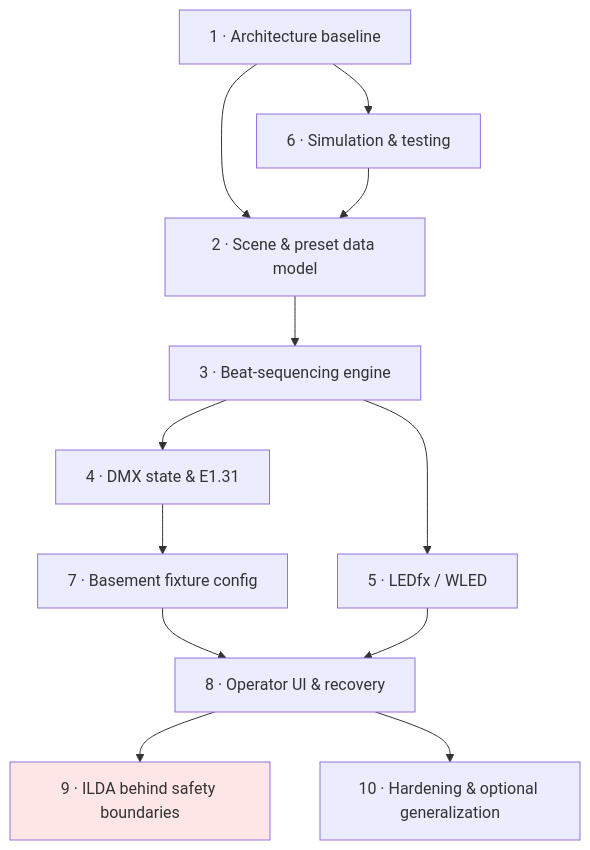
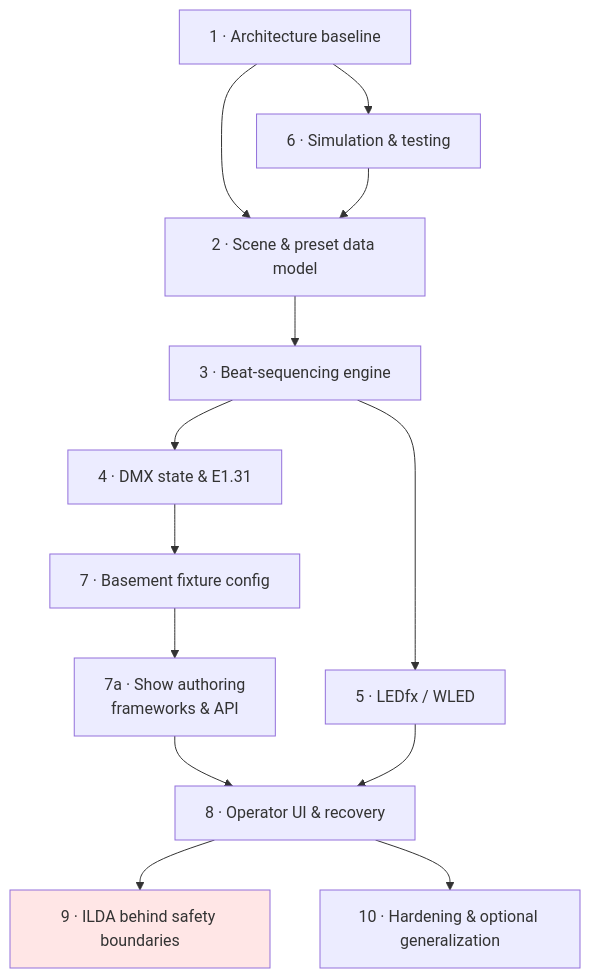
The diagram in docs/roadmap.md (glane339/lightsappnew), drawn with Mermaid before and after one commit. The commit also changed other lines of this file and 3 other files, not shown here.

````diff
--- a/docs/roadmap.md
+++ b/docs/roadmap.md
@@ -13,16 +13,17 @@
 ```mermaid
 flowchart TD
     P1["1 · Architecture baseline"] --> P2["2 · Scene & preset data model"]
     P1 --> P6["6 · Simulation & testing"]
     P6 --> P2
     P2 --> P3["3 · Beat-sequencing engine"]
     P3 --> P4["4 · DMX state & E1.31"]
     P3 --> P5["5 · LEDfx / WLED"]
     P4 --> P7["7 · Basement fixture config"]
-    P7 --> P8["8 · Operator UI & recovery"]
+    P7 --> P7A["7a · Show authoring<br/>frameworks & API"]
+    P7A --> P8["8 · Operator UI & recovery"]
     P5 --> P8
     P8 --> P9["9 · ILDA behind safety boundaries"]
     P8 --> P10["10 · Hardening & optional generalization"]
 
     style P9 fill:#ffe6e6
 ```
````
